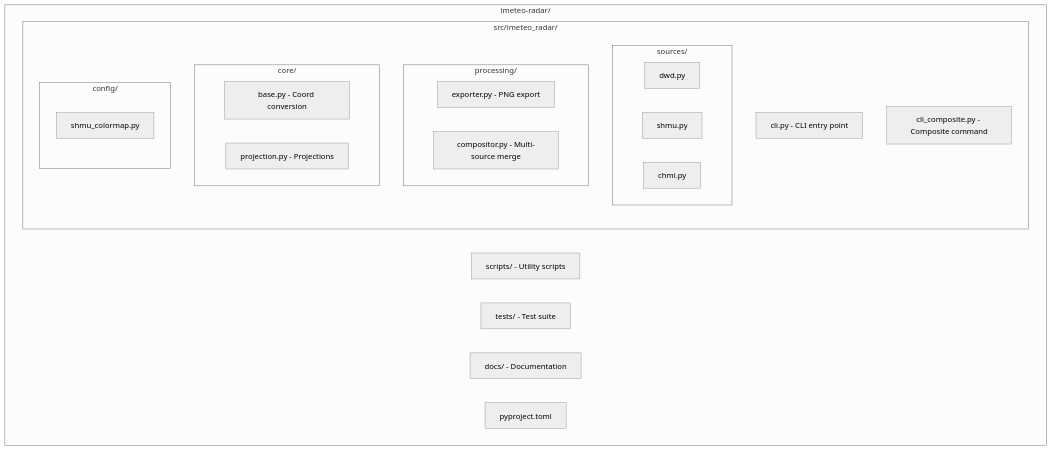
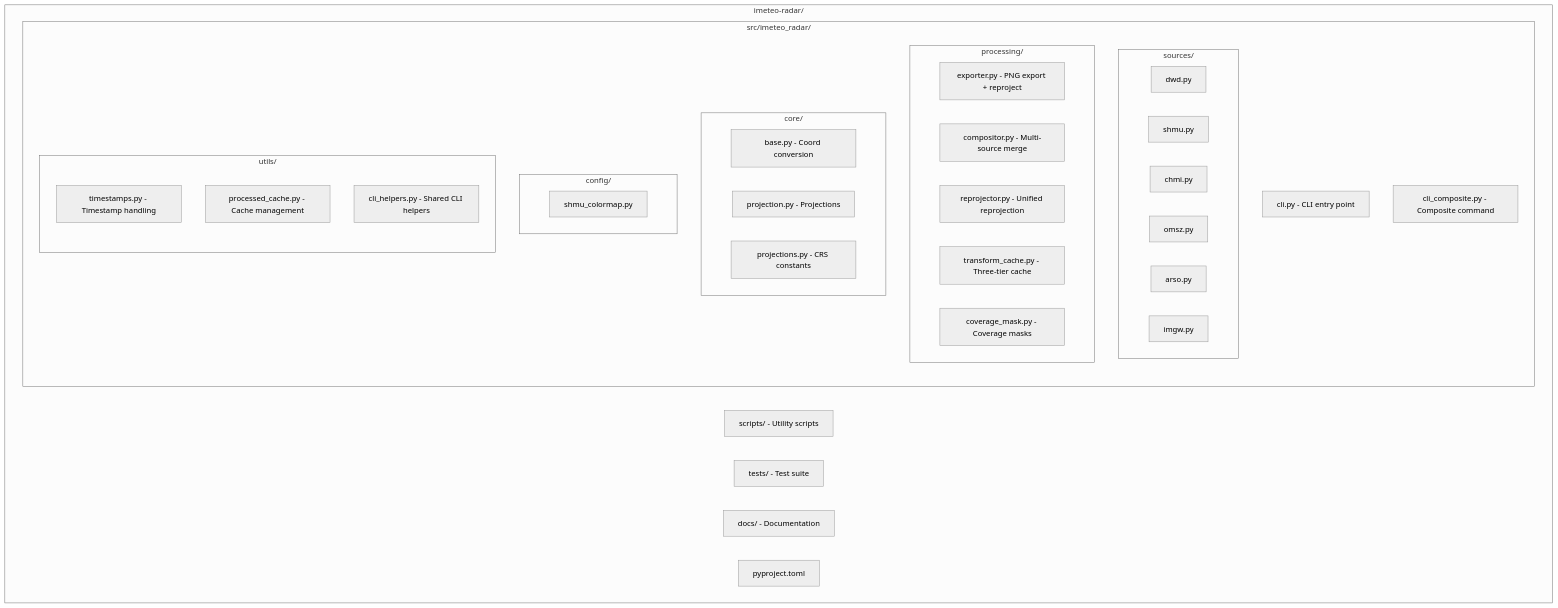
Before and after one commit to franko14/radar-shmu: the diagram in docs/development.md, drawn with Mermaid (neutral theme). The commit also changed other lines of this file and 7 other files, not shown here.

````diff
--- a/docs/development.md
+++ b/docs/development.md
@@ -53,34 +53,47 @@
 ```mermaid
 graph TB
     subgraph root["imeteo-radar/"]
         subgraph src["src/imeteo_radar/"]
             CLI["cli.py - CLI entry point"]
             CLIC["cli_composite.py - Composite command"]
 
             subgraph sources["sources/"]
                 DWD["dwd.py"]
                 SHMU["shmu.py"]
                 CHMI["chmi.py"]
+                OMSZ["omsz.py"]
+                ARSO["arso.py"]
+                IMGW["imgw.py"]
             end
 
             subgraph processing["processing/"]
-                EXP["exporter.py - PNG export"]
+                EXP["exporter.py - PNG export + reproject"]
                 COMP["compositor.py - Multi-source merge"]
+                REPR["reprojector.py - Unified reprojection"]
+                TCACHE["transform_cache.py - Three-tier cache"]
+                CMASK["coverage_mask.py - Coverage masks"]
             end
 
             subgraph core["core/"]
                 BASE["base.py - Coord conversion"]
                 PROJ["projection.py - Projections"]
+                PROJS["projections.py - CRS constants"]
             end
 
             subgraph config["config/"]
                 CMAP["shmu_colormap.py"]
+            end
+
+            subgraph utils["utils/"]
+                TS["timestamps.py - Timestamp handling"]
+                CACHE["processed_cache.py - Cache management"]
+                CLIH["cli_helpers.py - Shared CLI helpers"]
             end
         end
 
         SCRIPTS["scripts/ - Utility scripts"]
         TESTS["tests/ - Test suite"]
         DOCS["docs/ - Documentation"]
         PYPROJ["pyproject.toml"]
     end
 ```
````
